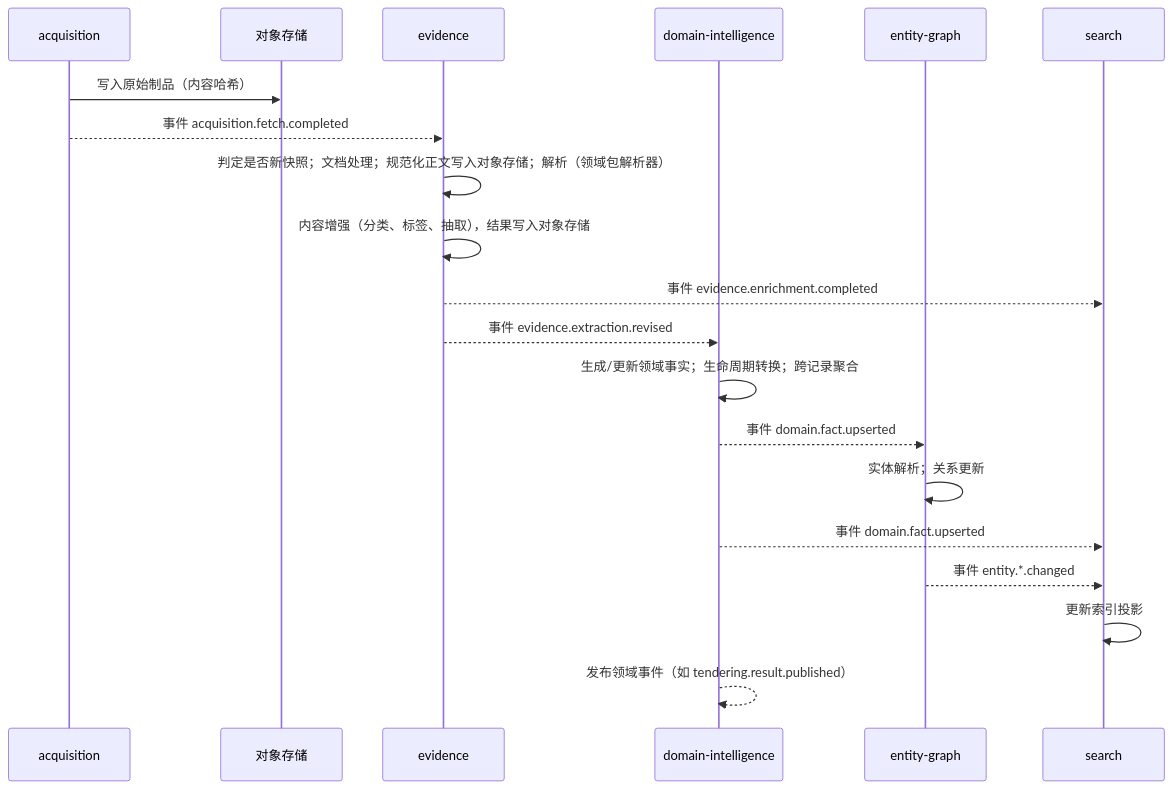
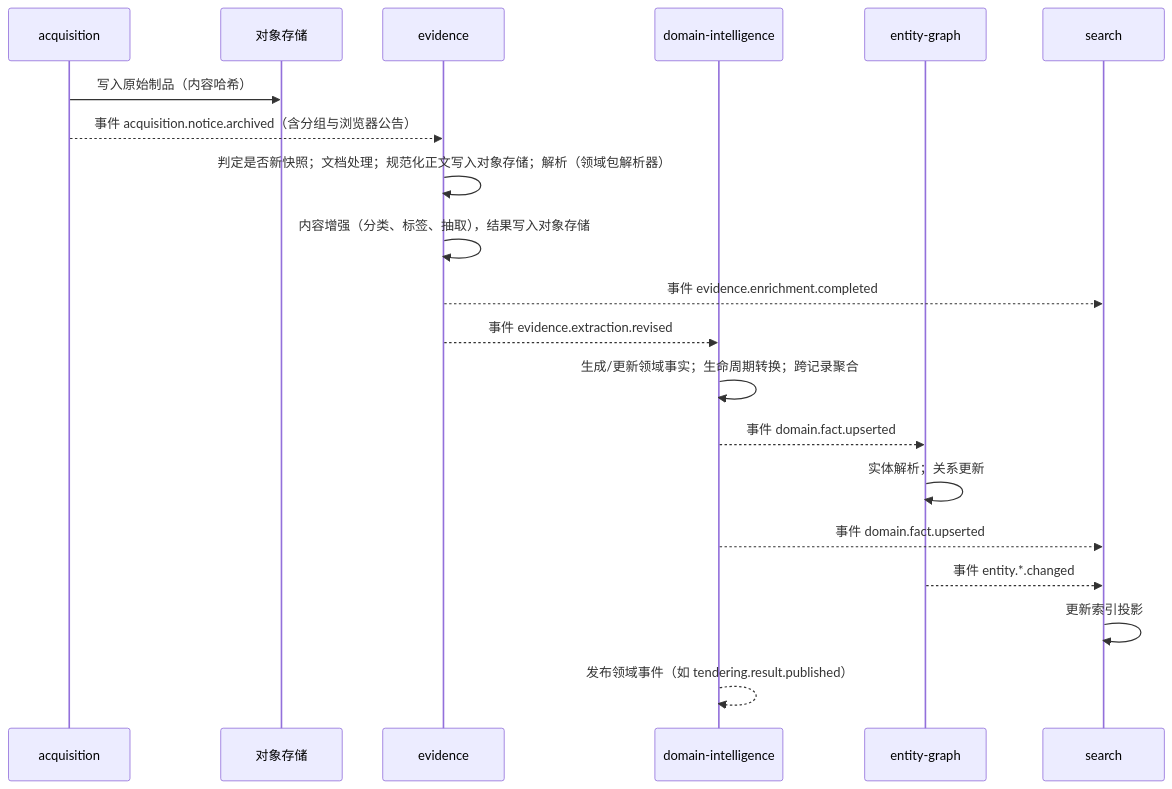
The second of 4 diagrams in docs/03-architecture/01-architecture-overview.md (SuperAILabs/MiaoQia), drawn with Mermaid before and after one commit. The commit also changed 39 other files, not shown here.

First line of the commit message:
refactor(acquisition): split fetch.completed into three notice archive events

````diff
--- a/docs/03-architecture/01-architecture-overview.md
+++ b/docs/03-architecture/01-architecture-overview.md
@@ -116,22 +116,22 @@
 ```mermaid
 sequenceDiagram
   participant ACQ as acquisition
   participant OBJ as 对象存储
   participant EVD as evidence
   participant DOM as domain-intelligence
   participant ENT as entity-graph
   participant SRH as search
   ACQ->>OBJ: 写入原始制品（内容哈希）
-  ACQ-->>EVD: 事件 acquisition.fetch.completed
+  ACQ-->>EVD: 事件 acquisition.notice.archived（含分组与浏览器公告）
   EVD->>EVD: 判定是否新快照；文档处理；规范化正文写入对象存储；解析（领域包解析器）
   EVD->>EVD: 内容增强（分类、标签、抽取），结果写入对象存储
   EVD-->>SRH: 事件 evidence.enrichment.completed
   EVD-->>DOM: 事件 evidence.extraction.revised
   DOM->>DOM: 生成/更新领域事实；生命周期转换；跨记录聚合
   DOM-->>ENT: 事件 domain.fact.upserted
   ENT->>ENT: 实体解析；关系更新
   DOM-->>SRH: 事件 domain.fact.upserted
   ENT-->>SRH: 事件 entity.*.changed
   SRH->>SRH: 更新索引投影
   DOM-->>DOM: 发布领域事件（如 tendering.result.published）
 ```
````
